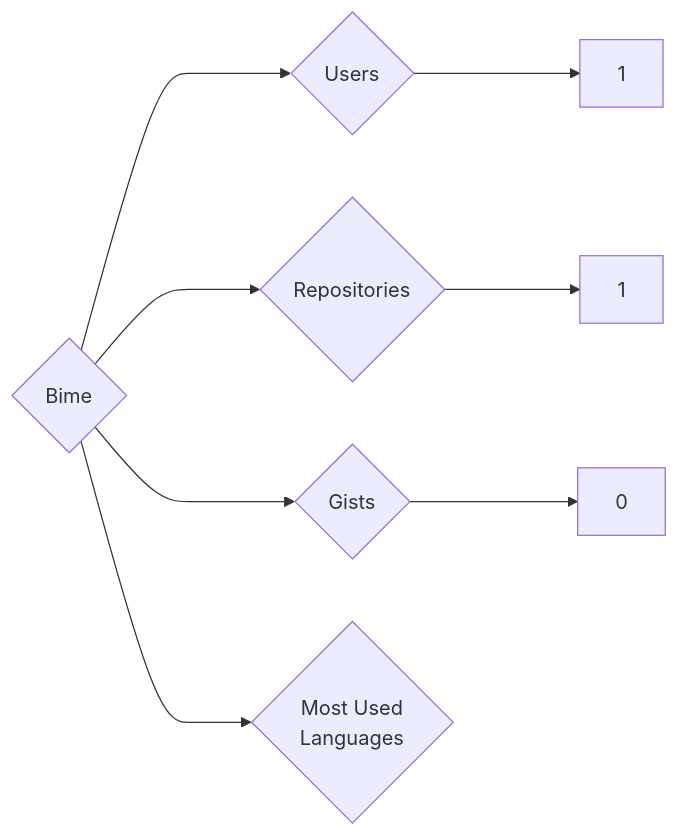
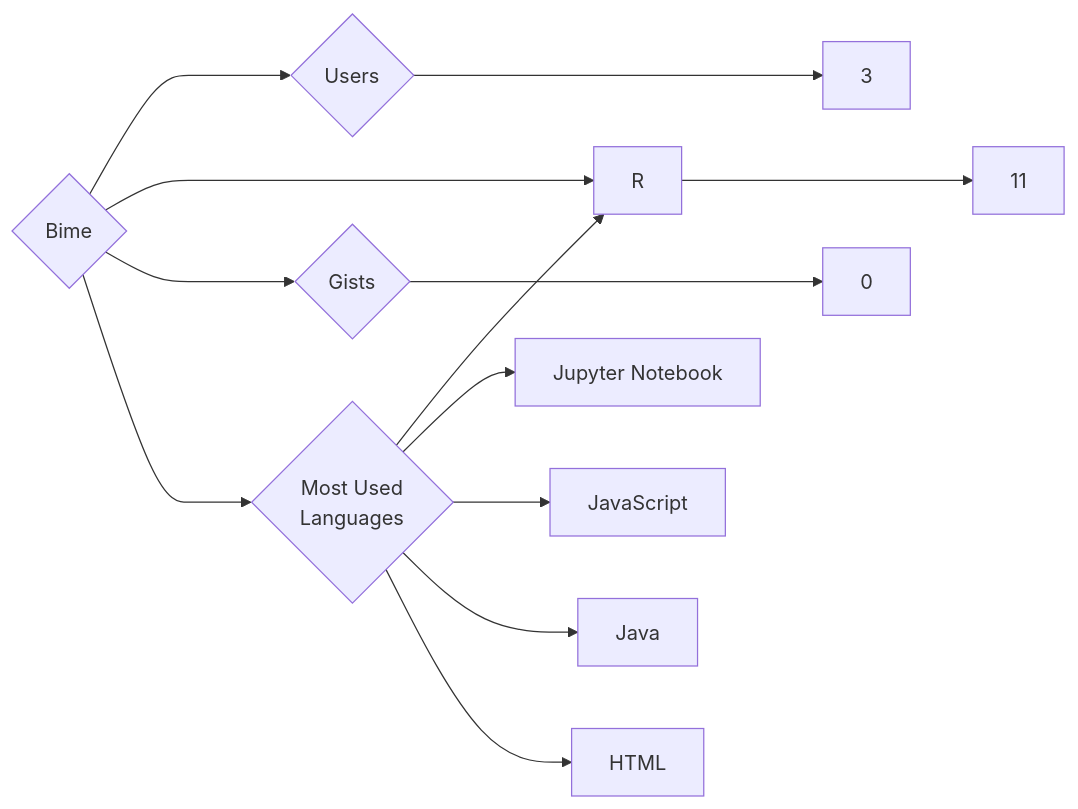
The diagram in targets/Bime/README.md (trickest/insiders), drawn with Mermaid before and after one commit. The commit also changed 944 other files, not shown here.

````diff
--- a/targets/Bime/README.md
+++ b/targets/Bime/README.md
@@ -3,8 +3,13 @@
 ```mermaid
 graph LR
 COMPANY_NAME{Bime}
-COMPANY_NAME ---> U{Users} ---> UN[1]
-COMPANY_NAME ---> R{Repositories} ---> RN[1]
+COMPANY_NAME ---> U{Users} ---> UN[3]
+COMPANY_NAME ---> R{Repositories} ---> RN[11]
 COMPANY_NAME ---> G{Gists} ---> GN[0]
 COMPANY_NAME ---> ML{Most Used<br>Languages}
+ML --> R[R]
+ML --> Jupyter_Notebook[Jupyter Notebook]
+ML --> JavaScript[JavaScript]
+ML --> Java[Java]
+ML --> HTML[HTML]
 ```
````
